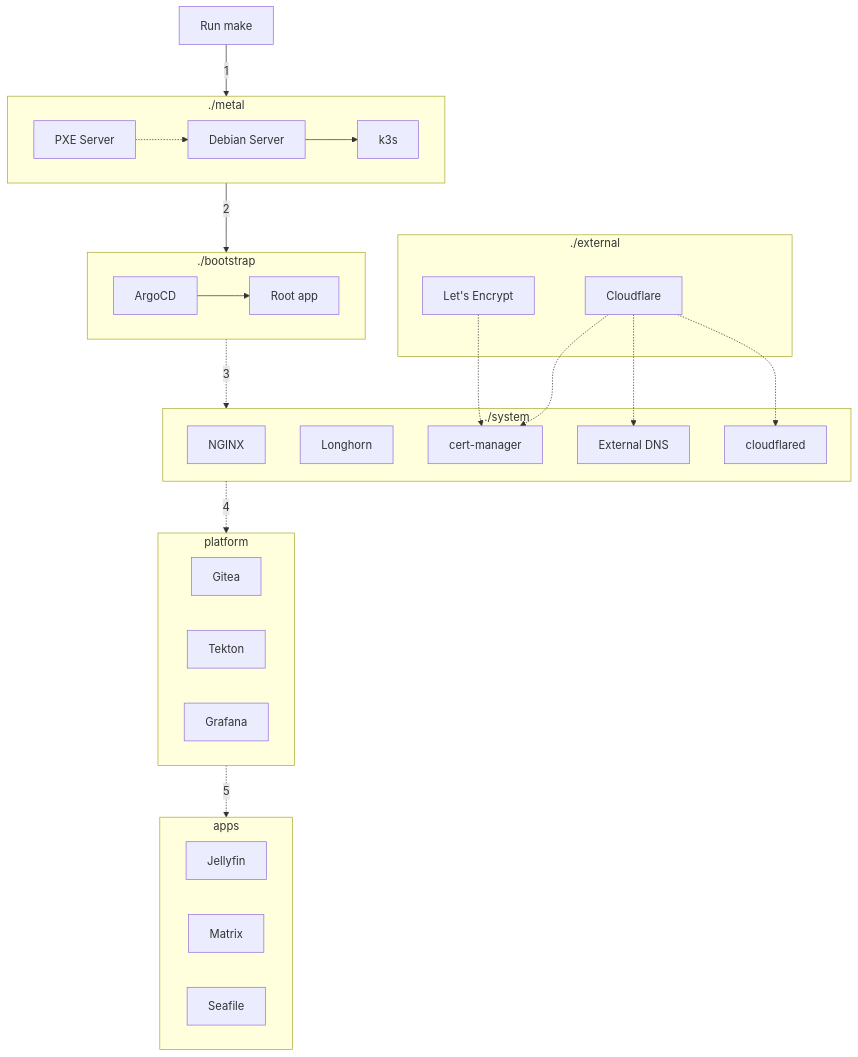
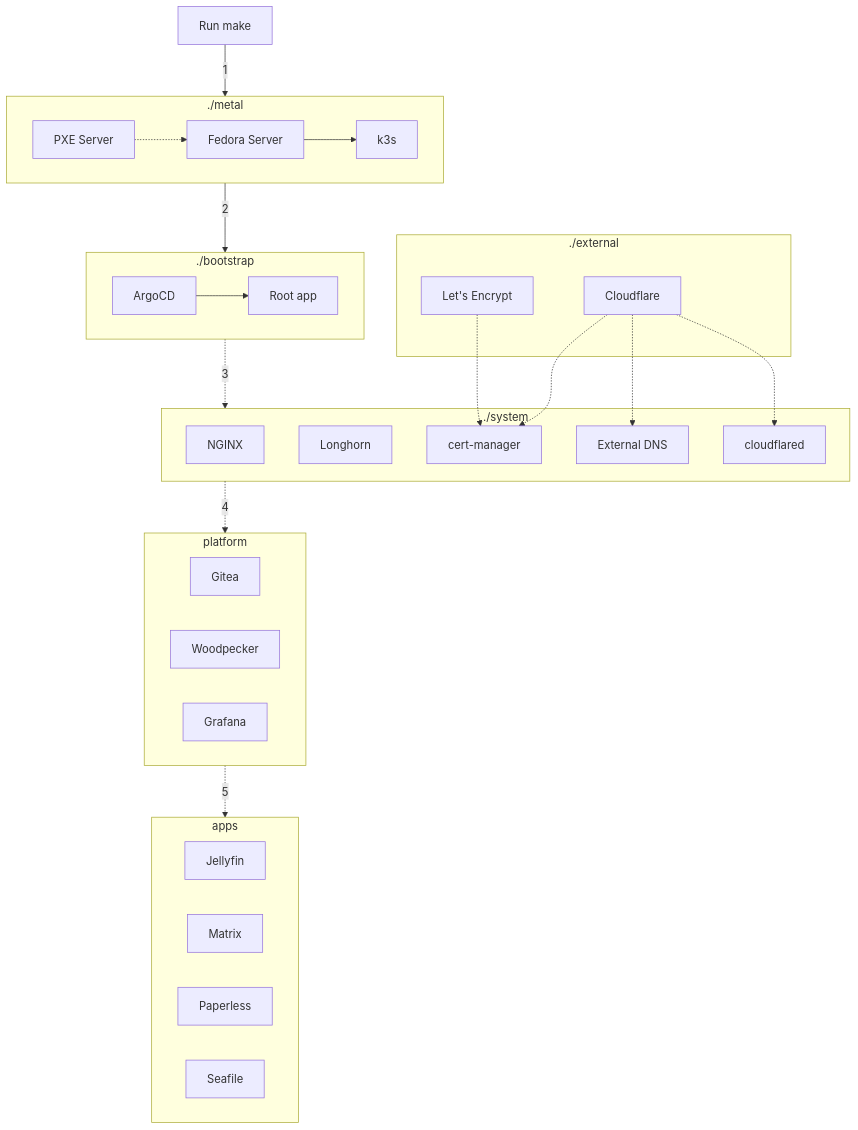
Before and after one commit to romelBen/melo-homelab: the diagram in docs/reference/architecture/overview.md, drawn with Mermaid. The commit also changed 70 other files, not shown here.

````diff
--- a/docs/reference/architecture/overview.md
+++ b/docs/reference/architecture/overview.md
@@ -54,42 +54,43 @@
 ```mermaid
 flowchart TD
   subgraph metal[./metal]
-    pxe[PXE Server] -.-> linux[Debian Server] --> k3s
+    pxe[PXE Server] -.-> linux[Fedora Server] --> k3s
   end
 
   subgraph bootstrap[./bootstrap]
     argocd[ArgoCD] --> rootapp[Root app]
   end
 
   subgraph system[./system]
     nginx[NGINX]
     longhorn[Longhorn]
     cert-manager
     external-dns[External DNS]
     cloudflared
   end
 
   subgraph external[./external]
     letsencrypt[Let's Encrypt]
     cloudflare[Cloudflare]
   end
 
   letsencrypt -.-> cert-manager
   cloudflare -.-> cert-manager
   cloudflare -.-> external-dns
   cloudflare -.-> cloudflared
 
   subgraph platform
     Gitea
-    Tekton
+    Woodpecker
     Grafana
   end
 
   subgraph apps
     jellyfin[Jellyfin]
     matrix[Matrix]
+    paperless[Paperless]
     seafile[Seafile]
   end
 
   make[Run make] -- 1 --> metal -- 2 --> bootstrap -. 3 .-> system -. 4 .-> platform -. 5 .-> apps
 ```
````
